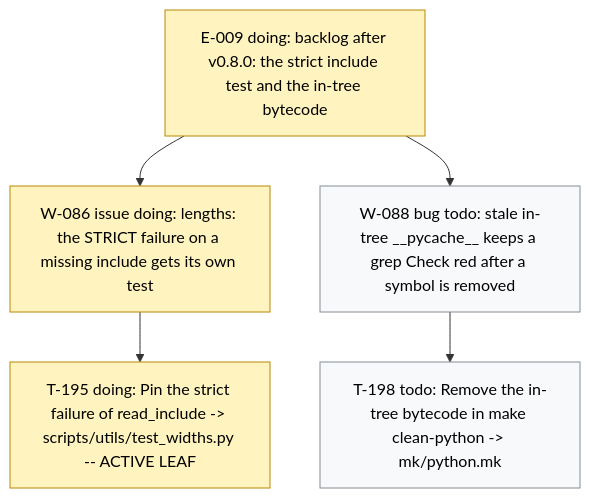
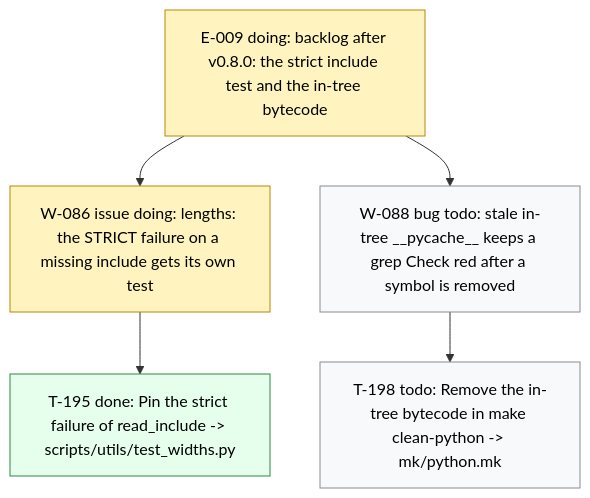
One commit to dpopchev/chaos-to-simple changed the diagram in .board/BOARD.md. Above: the diagram before and after it, drawn with Mermaid. The commit also changed other lines of this file and 1 other file, not shown here.

Commit message:
chore(board): close T-195 -- W-086 ready to land
Refs: W-086 T-195

````diff
--- a/.board/BOARD.md
+++ b/.board/BOARD.md
@@ -520,15 +520,16 @@
 ```mermaid
 flowchart TD
   E009["E-009 doing: backlog after v0.8.0: the strict include test and the in-tree bytecode"]
   E009 --> W086["W-086 issue doing: lengths: the STRICT failure on a missing include gets its own test"]
-  W086 --> T195["T-195 doing: Pin the strict failure of read_include -> scripts/utils/test_widths.py -- ACTIVE LEAF"]
+  W086 --> T195["T-195 done: Pin the strict failure of read_include -> scripts/utils/test_widths.py"]
   E009 --> W088["W-088 bug todo: stale in-tree __pycache__ keeps a grep Check red after a symbol is removed"]
   W088 --> T198["T-198 todo: Remove the in-tree bytecode in make clean-python -> mk/python.mk"]
   classDef doing fill:#fff3bf,stroke:#b58900,color:#000;
   classDef blocked fill:#ffe3e3,stroke:#c92a2a,color:#000;
   classDef done fill:#e6ffed,stroke:#2b8a3e,color:#000;
   classDef todo fill:#f8f9fa,stroke:#868e96,color:#000;
   classDef pruned fill:#f1f3f5,stroke:#adb5bd,color:#000;
-  class E009,W086,T195 doing
+  class E009,W086 doing
+  class T195 done
   class W088,T198 todo
 ```
````
